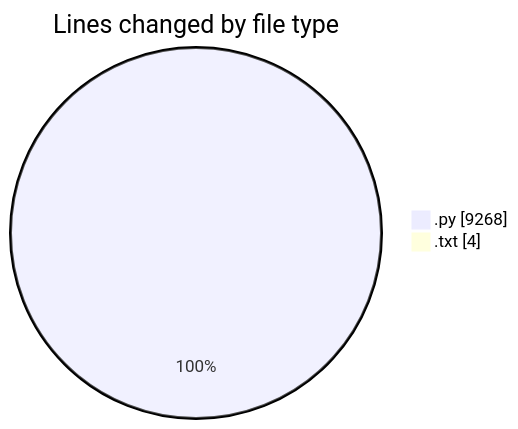
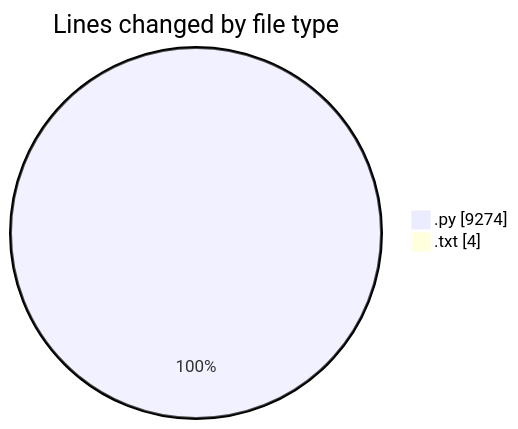
The first of 2 diagrams in 2025-06-01/video_app/README.md (CELIANVF/code-tracking), drawn with Mermaid before and after one commit. The commit also changed other lines of this file and 1 other file, not shown here.

````diff
--- a/2025-06-01/video_app/README.md
+++ b/2025-06-01/video_app/README.md
@@ -29,6 +29,6 @@
 ```mermaid
 pie showData
 title Lines changed by file type
-".py" : 9268
+".py" : 9274
 ".txt" : 4
 ```
````
